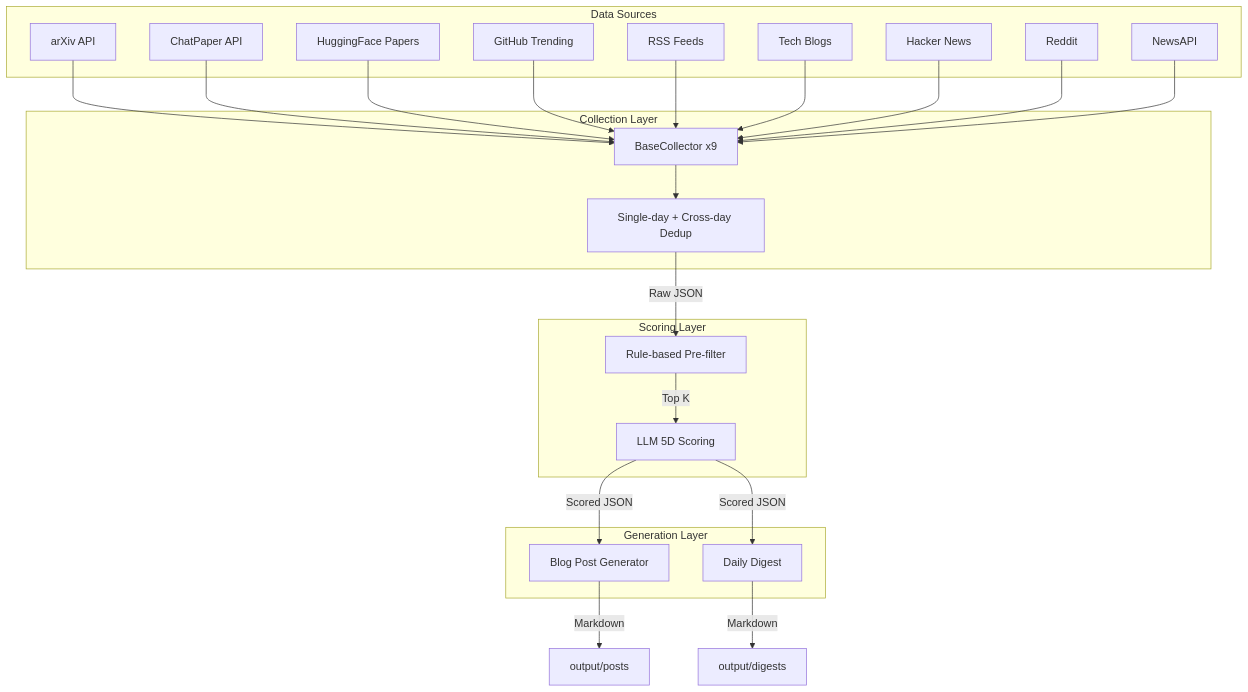
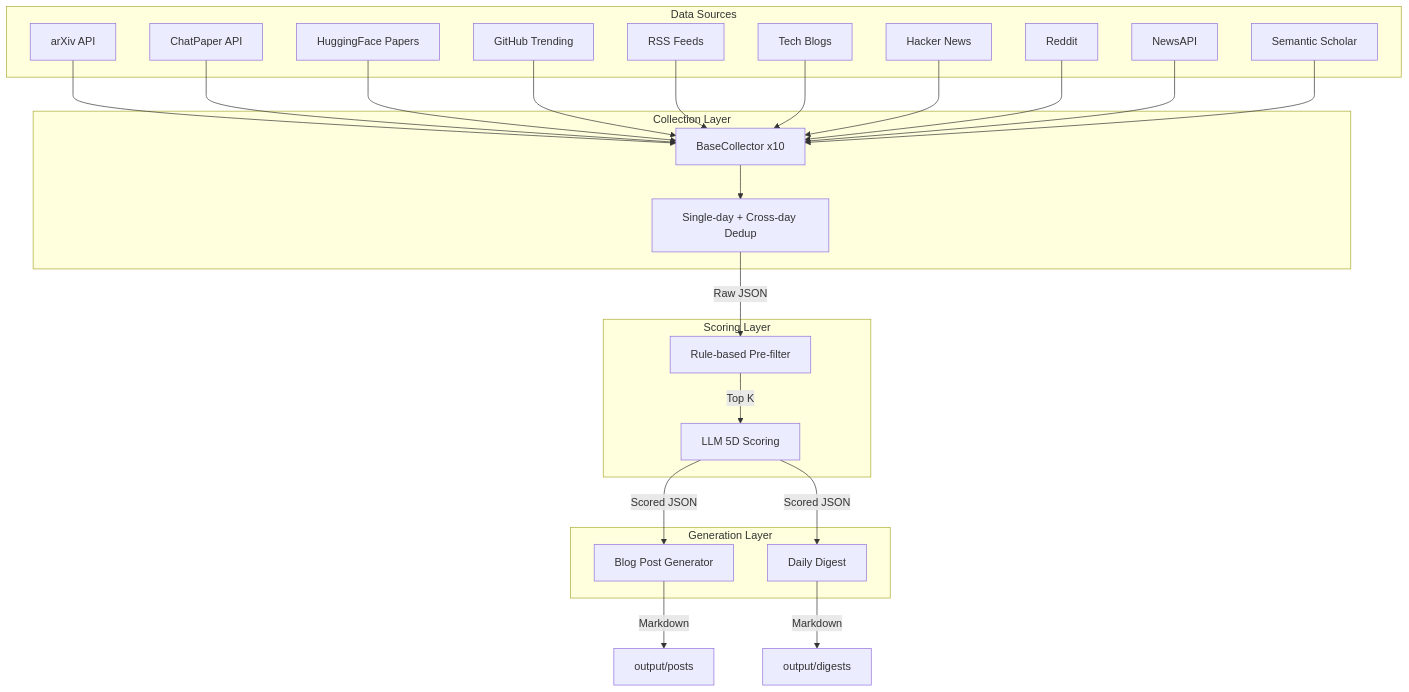
Before and after one commit to yifor01/auto_blog: the diagram in README.md, drawn with Mermaid. The commit also changed other lines of this file and 1 other file, not shown here.

````diff
--- a/README.md
+++ b/README.md
@@ -46,48 +47,50 @@
 ```mermaid
 graph TD;
     subgraph Data Sources
         Arxiv[arXiv API]
         CP[ChatPaper API]
         HF[HuggingFace Papers]
         GH[GitHub Trending]
         RSS[RSS Feeds]
         Blog[Tech Blogs]
         HN[Hacker News]
         Reddit[Reddit]
         News[NewsAPI]
+        SS[Semantic Scholar]
     end
 
     subgraph Collection Layer
-        Collect[BaseCollector x9]
+        Collect[BaseCollector x10]
         Dedup[Single-day + Cross-day Dedup]
     end
 
     subgraph Scoring Layer
         RuleEngine[Rule-based Pre-filter]
         LLMScore[LLM 5D Scoring]
     end
 
     subgraph Generation Layer
         PostGen[Blog Post Generator]
         DigestGen[Daily Digest]
     end
 
     Arxiv --> Collect
     CP --> Collect
     HF --> Collect
     GH --> Collect
     RSS --> Collect
     Blog --> Collect
     HN --> Collect
     Reddit --> Collect
     News --> Collect
+    SS --> Collect
 
     Collect --> Dedup
     Dedup --> |Raw JSON| RuleEngine
     RuleEngine --> |Top K| LLMScore
     LLMScore --> |Scored JSON| PostGen
     LLMScore --> |Scored JSON| DigestGen
 
     PostGen --> |Markdown| output/posts
     DigestGen --> |Markdown| output/digests
 ```
````
